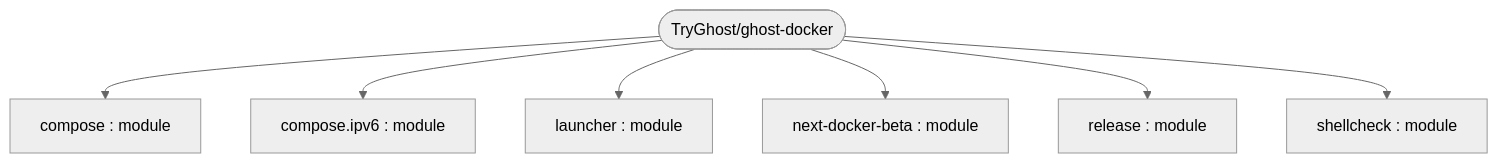
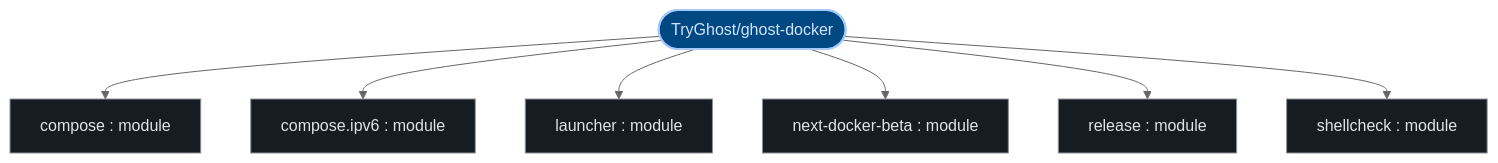
One commit to kumarshaz/atruss-code-atlas changed the first of 3 diagrams in exports/latest/reports/TryGhost-ghost-docker-report.md. Above: the diagram before and after it, drawn with Mermaid (neutral theme). The commit also changed other lines of this file and 331 other files, not shown here.

Commit message:
docs,ui,fix: update SDLC docs, reorder CI/CD DAG first, stylize Mermaid, and fix Arc42 pipeline topology

````diff
--- a/exports/latest/reports/TryGhost-ghost-docker-report.md
+++ b/exports/latest/reports/TryGhost-ghost-docker-report.md
@@ -41,16 +41,23 @@
 ```mermaid
 graph TD;
-    compose_ipv6["compose.ipv6 : module"]
-    compose["compose : module"]
-    next_docker_beta["next-docker-beta : module"]
-    launcher["launcher : module"]
-    release["release : module"]
-    shellcheck["shellcheck : module"]
-    repo_root(["TryGhost/ghost-docker"])
+  classDef atlasRoot fill:#004882,stroke:#a3c9ff,stroke-width:2px,color:#d3e4ff
+  classDef atlasCategory fill:#212428,stroke:#E87A48,stroke-width:1.5px,color:#dfe3eb
+  classDef atlasWorkflow fill:#1b2026,stroke:#a3c9ff,stroke-width:1.5px,color:#dfe3eb
+  classDef atlasJob fill:#171c22,stroke:#8d9199,stroke-width:1px,color:#dfe3eb
+  classDef atlasTarget fill:#005227,stroke:#8bd99b,stroke-width:1.5px,color:#a7f6b6
+  classDef atlasAlert fill:#93000a,stroke:#ffb4ab,stroke-width:1.5px,color:#ffdad6
+  classDef atlasMore fill:#252a31,stroke:#8d9199,stroke-dasharray:4 4,color:#c3c6cf
+    compose_ipv6["compose.ipv6 : module"]:::atlasJob
+    compose["compose : module"]:::atlasJob
+    next_docker_beta["next-docker-beta : module"]:::atlasJob
+    launcher["launcher : module"]:::atlasJob
+    release["release : module"]:::atlasJob
+    shellcheck["shellcheck : module"]:::atlasJob
+    repo_root(["TryGhost/ghost-docker"]):::atlasRoot
     repo_root --> compose
     repo_root --> compose_ipv6
     repo_root --> launcher
     repo_root --> next_docker_beta
     repo_root --> release
     repo_root --> shellcheck
 ```
````
